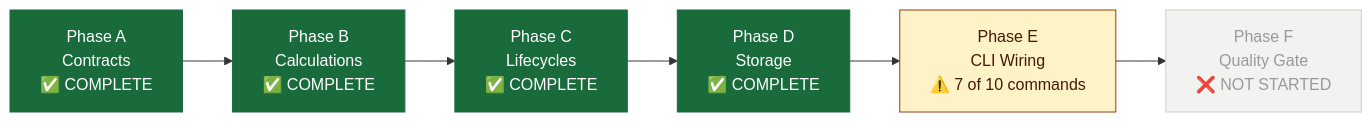
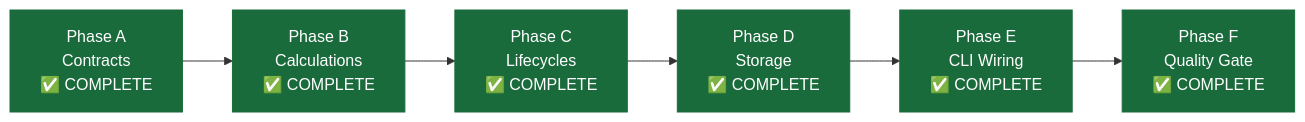
Before and after one commit to MoaminShikha/student-expense-tracker: the third of 25 diagrams in Docs/stage1_implementation_status.md, drawn with Mermaid. The commit also changed other lines of this file, not shown here.

````diff
--- a/Docs/stage1_implementation_status.md
+++ b/Docs/stage1_implementation_status.md
@@ -59,15 +57,15 @@
 ```mermaid
 graph LR
     A["Phase A\nContracts\n✅ COMPLETE"]:::done
     B["Phase B\nCalculations\n✅ COMPLETE"]:::done
     C["Phase C\nLifecycles\n✅ COMPLETE"]:::done
     D["Phase D\nStorage\n✅ COMPLETE"]:::done
-    E["Phase E\nCLI Wiring\n⚠️ 7 of 10 commands"]:::partial
-    F["Phase F\nQuality Gate\n❌ NOT STARTED"]:::todo
+    E["Phase E\nCLI Wiring\n✅ COMPLETE"]:::done
+    F["Phase F\nQuality Gate\n✅ COMPLETE"]:::done
 
     A --> B --> C --> D --> E --> F
 
     classDef done fill:#1a6b3c,stroke:#1a6b3c,color:#fff
     classDef todo fill:#f2f2f0,stroke:#ccc,color:#999
     classDef partial fill:#fef3c7,stroke:#92400e,color:#451a03
 ```
````
